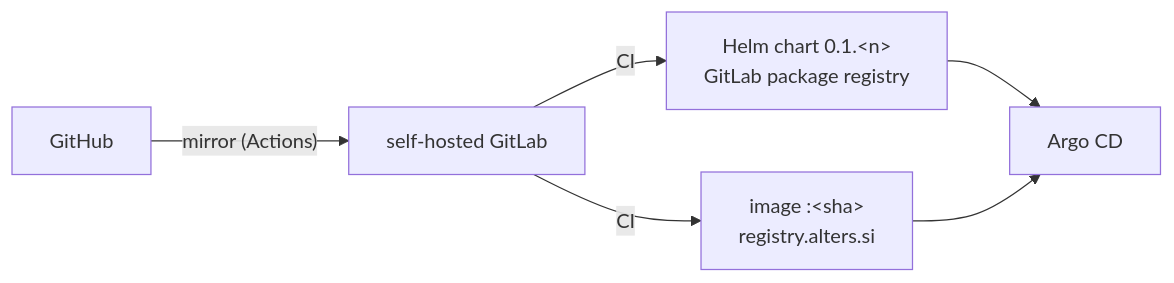
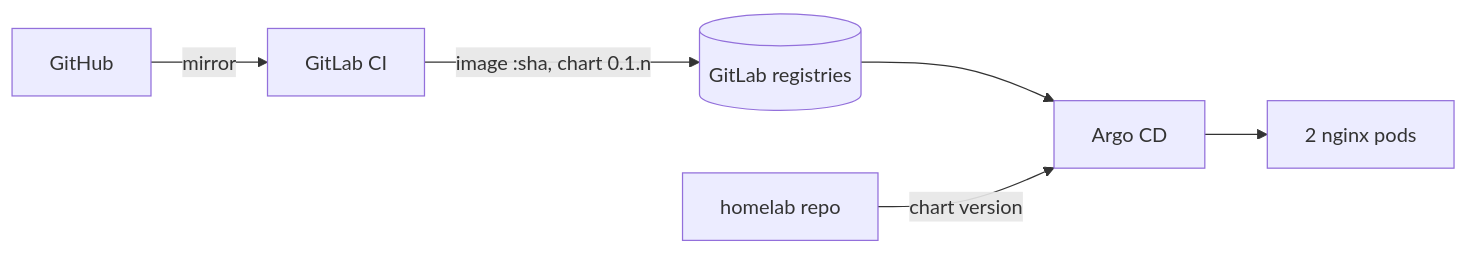
The diagram in README.md (almajter/alters.si), drawn with Mermaid before and after one commit. The commit also changed other lines of this file, not shown here.

Commit message:
docs: simpler delivery diagram, build args

````diff
--- a/README.md
+++ b/README.md
@@ -16,8 +18,8 @@
 ```mermaid
 flowchart LR
-  gh[GitHub] -->|"mirror (Actions)"| gl[self-hosted GitLab]
-  gl -->|CI| img["image :&lt;sha&gt;<br/>registry.alters.si"]
-  gl -->|CI| chart["Helm chart 0.1.&lt;n&gt;<br/>GitLab package registry"]
-  chart --> argo[Argo CD]
-  img --> argo
+  gh[GitHub] -->|mirror| ci[GitLab CI]
+  ci -->|"image :sha, chart 0.1.n"| reg[(GitLab registries)]
+  reg --> argo[Argo CD]
+  homelab[homelab repo] -->|chart version| argo
+  argo --> pods[2 nginx pods]
 ```
````
